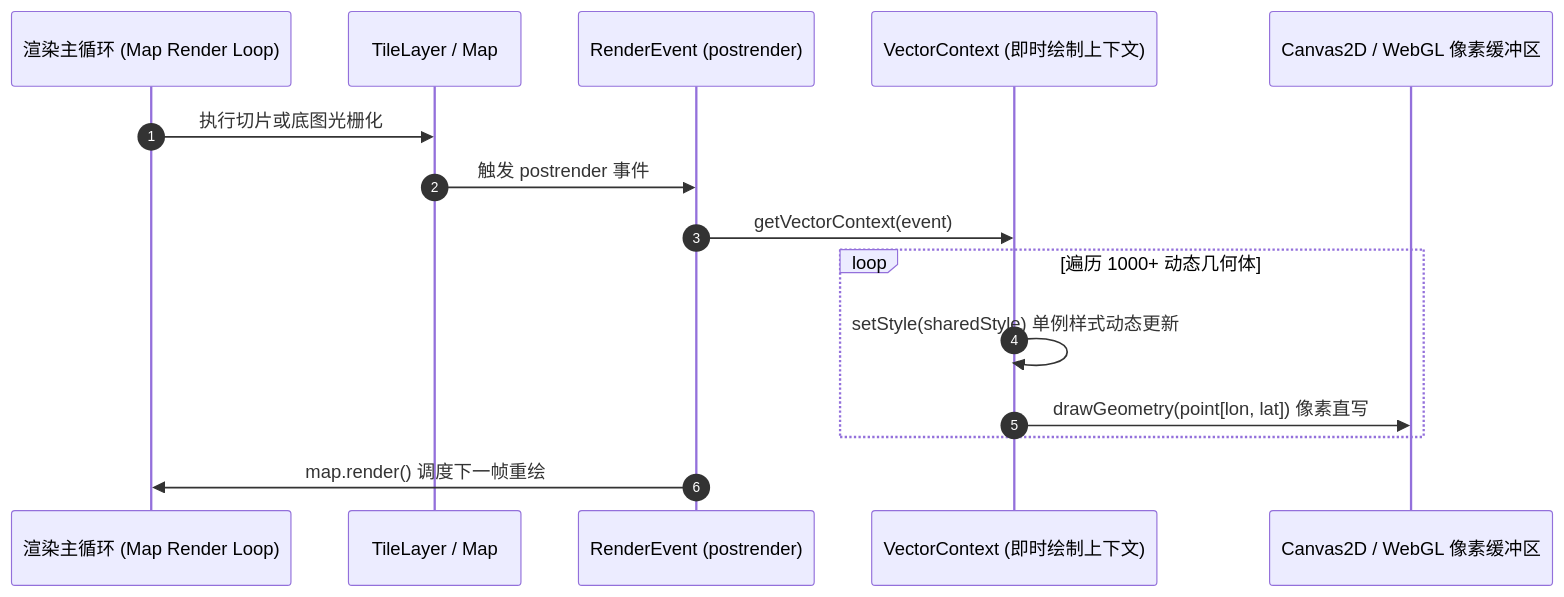
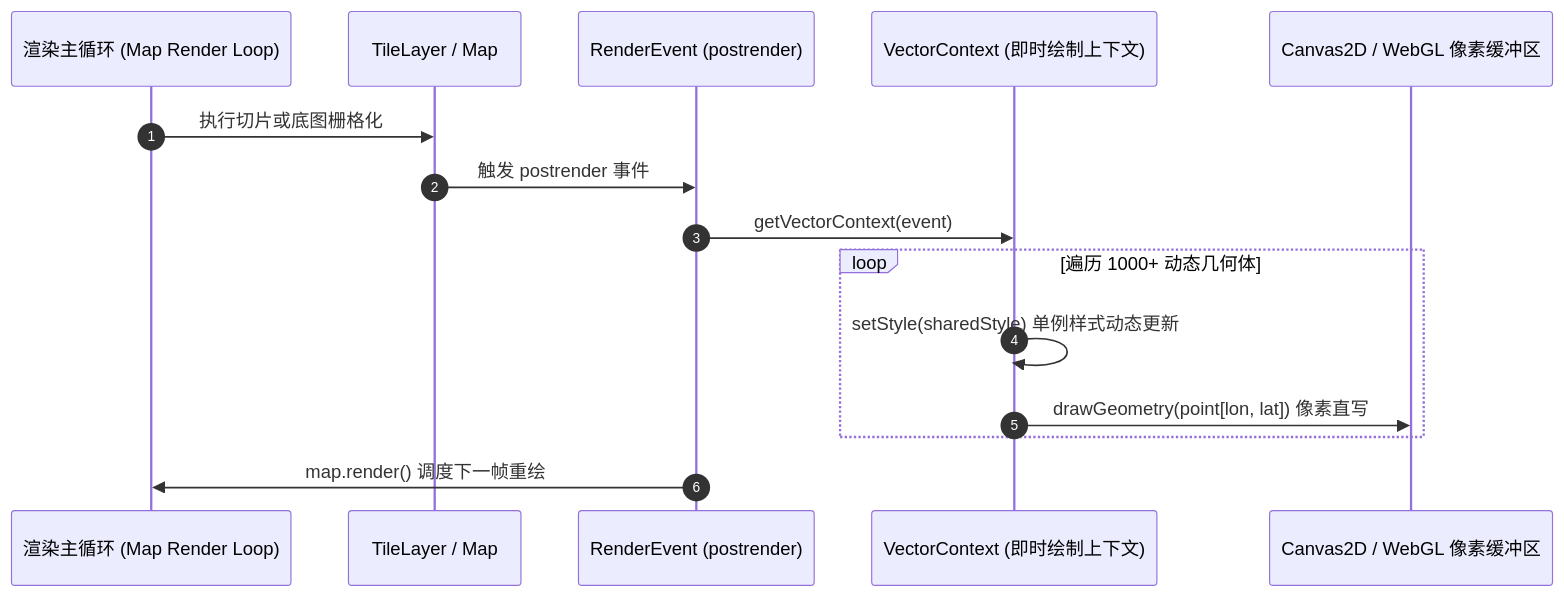
One commit to gisnotes/openlayers changed the third of 3 diagrams in site/summary/openlayers-geographic-guide.md. Above: the diagram before and after it, drawn with Mermaid. The commit also changed 150 other files, not shown here.

````diff
--- a/site/summary/openlayers-geographic-guide.md
+++ b/site/summary/openlayers-geographic-guide.md
@@ -130,18 +130,18 @@
 ```mermaid
 sequenceDiagram
     autonumber
     participant Engine as 渲染主循环 (Map Render Loop)
     participant Layer as TileLayer / Map
     participant Event as RenderEvent (postrender)
     participant VC as VectorContext (即时绘制上下文)
     participant GPU as Canvas2D / WebGL 像素缓冲区
 
-    Engine->>Layer: 执行切片或底图光栅化
+    Engine->>Layer: 执行切片或底图栅格化
     Layer->>Event: 触发 postrender 事件
     Event->>VC: getVectorContext(event)
     loop 遍历 1000+ 动态几何体
         VC->>VC: setStyle(sharedStyle) 单例样式动态更新
         VC->>GPU: drawGeometry(point[lon, lat]) 像素直写
     end
     Event->>Engine: map.render() 调度下一帧重绘
 ```
````
